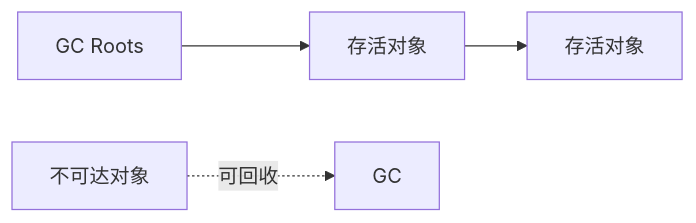
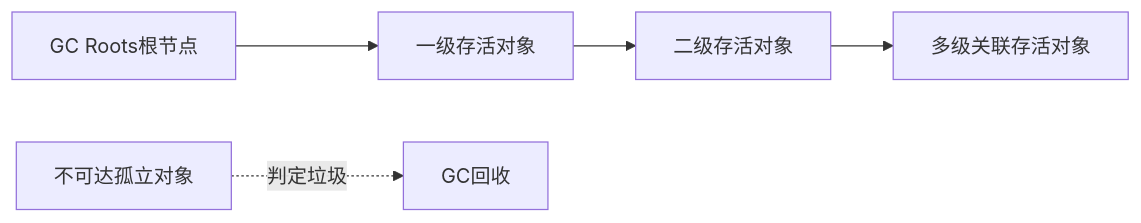
Before and after one commit to l552177239/my-note: the fifth of 8 diagrams in docs/02.后端/01.Java/17.JVM 基础.md, drawn with Mermaid. The commit also changed other lines of this file and 1 other file, not shown here.

Commit message:
feat: Update Java concurrency and JVM notes with new insights, improved structure, and visual diagrams

````diff
--- a/docs/02.后端/01.Java/17.JVM 基础.md
+++ b/docs/02.后端/01.Java/17.JVM 基础.md
@@ -144,6 +162,8 @@
 ```mermaid
 flowchart LR
-    R["GC Roots"] --> A["存活对象"]
-    A --> B["存活对象"]
-    X["不可达对象"] -.->|"可回收"| G["GC"]
+    R["GC Roots根节点"] --> A["一级存活对象"]
+    A --> B["二级存活对象"]
+    B --> C["多级关联存活对象"]
+    X["不可达孤立对象"] -.->|"判定垃圾"| G["GC回收"]
+
 ```
````
